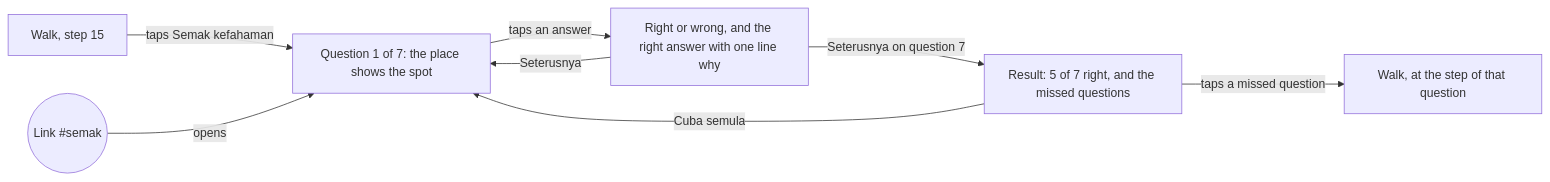
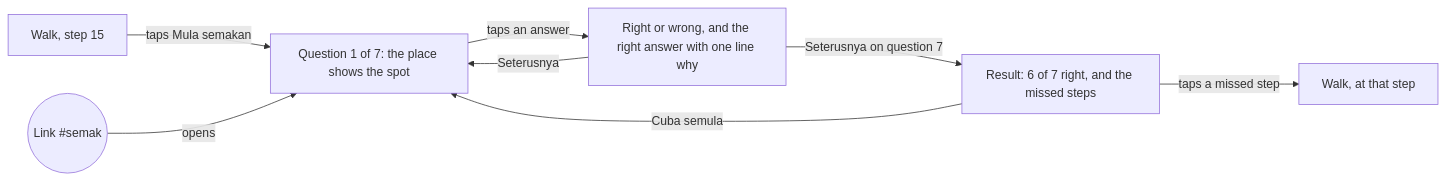
The first of 3 diagrams in docs/specs/tawaf-check.md (dzaffren/isfar), drawn with Mermaid before and after one commit. The commit also changed other lines of this file and 1 other file, not shown here.

````diff
--- a/docs/specs/tawaf-check.md
+++ b/docs/specs/tawaf-check.md
@@ -34,10 +34,10 @@
 ```mermaid
 flowchart LR
-    W["Walk, step 15"] -- "taps Semak kefahaman" --> Q["Question 1 of 7: the place shows the spot"]
+    W["Walk, step 15"] -- "taps Mula semakan" --> Q["Question 1 of 7: the place shows the spot"]
     L(("Link #semak")) -- "opens" --> Q
     Q -- "taps an answer" --> F["Right or wrong, and the right answer with one line why"]
     F -- "Seterusnya" --> Q
-    F -- "Seterusnya on question 7" --> R["Result: 5 of 7 right, and the missed questions"]
-    R -- "taps a missed question" --> S["Walk, at the step of that question"]
+    F -- "Seterusnya on question 7" --> R["Result: 6 of 7 right, and the missed steps"]
+    R -- "taps a missed step" --> S["Walk, at that step"]
     R -- "Cuba semula" --> Q
 ```
````
